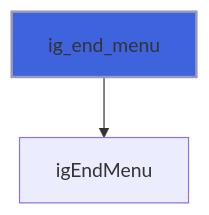
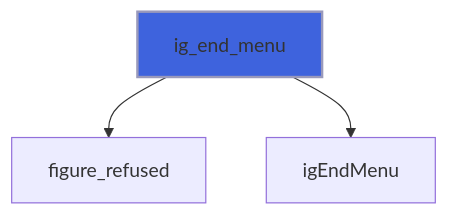
Before and after one commit to szaghi/figure: the fourth of 14 diagrams in docs/api/src/lib/figure_menu.md, drawn with Mermaid. The commit also changed other lines of this file and 10 other files, not shown here.

````diff
--- a/docs/api/src/lib/figure_menu.md
+++ b/docs/api/src/lib/figure_menu.md
@@ -92,5 +102,6 @@
 ```mermaid
 flowchart TD
+  ig_end_menu["ig_end_menu"] --> figure_refused["figure_refused"]
   ig_end_menu["ig_end_menu"] --> igEndMenu["igEndMenu"]
   style ig_end_menu fill:#3e63dd,stroke:#99b,stroke-width:2px
 ```
````
